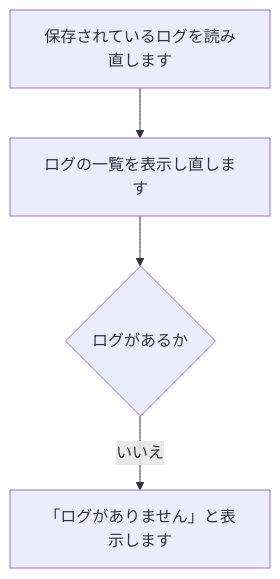
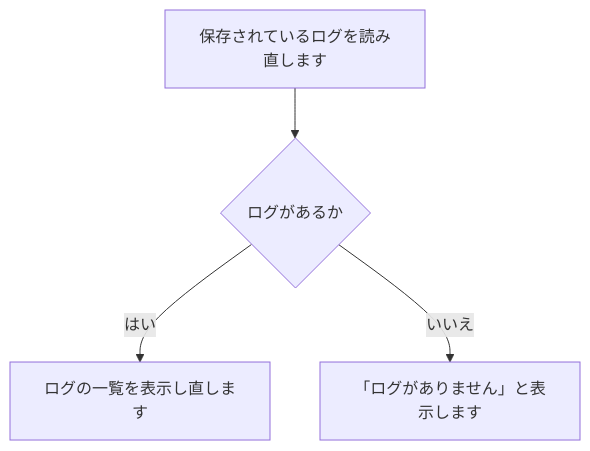
Diagram 26 of 34 in tool/smstokintone/doc/02_設計/処理フロー.md (nishida2073/project_management), drawn with Mermaid before and after one commit. The commit also changed other lines of this file and 5 other files, not shown here.

````diff
--- a/tool/smstokintone/doc/02_設計/処理フロー.md
+++ b/tool/smstokintone/doc/02_設計/処理フロー.md
@@ -462,6 +449,6 @@
 ```mermaid
 flowchart TD
-  A["保存されているログを読み直します"] --> B["ログの一覧を表示し直します"]
-  B --> C{"ログがあるか"}
-  C -- いいえ --> D["「ログがありません」と表示します"]
+  A["保存されているログを読み直します"] --> B{"ログがあるか"}
+  B -- はい --> C["ログの一覧を表示し直します"]
+  B -- いいえ --> D["「ログがありません」と表示します"]
 ```
````
